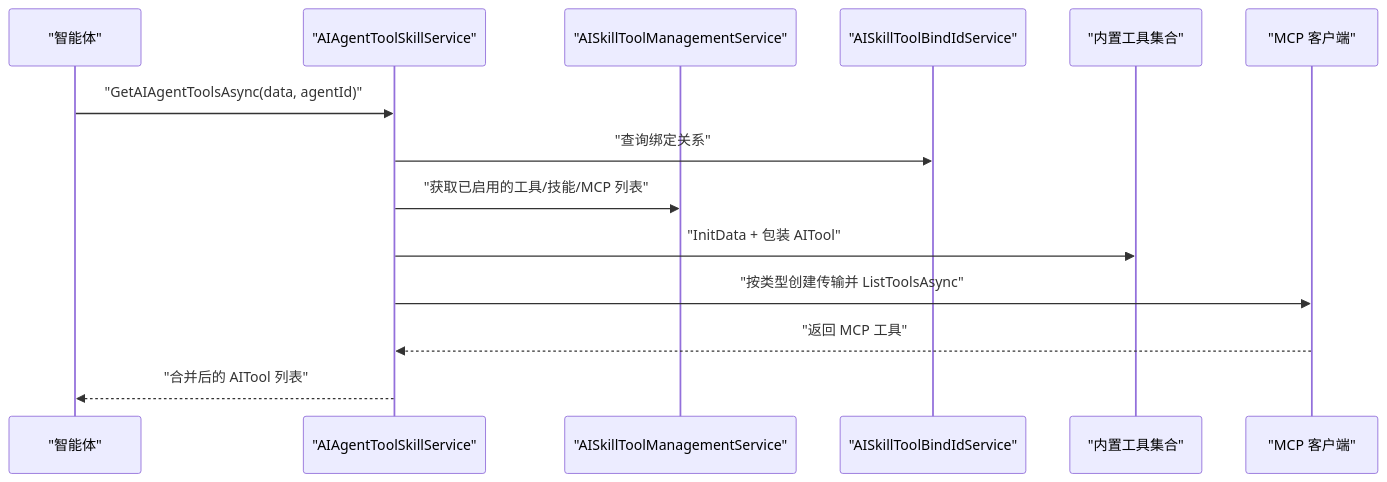
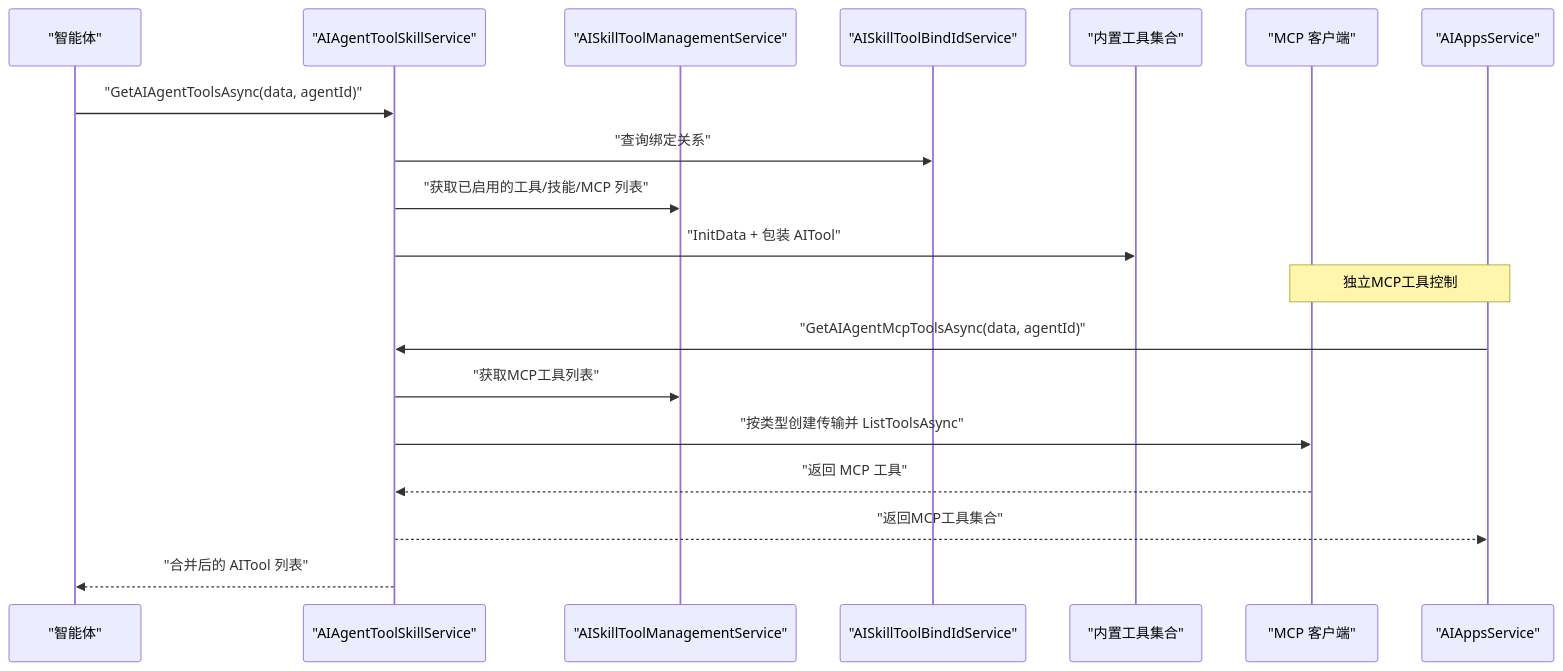
Before and after one commit to junkai-li/NetCoreKevin: the fourth of 7 diagrams in .qoder/repowiki/zh/content/AI智能体/技能工具管理.md, drawn with Mermaid. The commit also changed other lines of this file and 41 other files, not shown here.

````diff
--- a/.qoder/repowiki/zh/content/AI智能体/技能工具管理.md
+++ b/.qoder/repowiki/zh/content/AI智能体/技能工具管理.md
@@ -201,16 +217,21 @@
 ```mermaid
 sequenceDiagram
 participant Agent as "智能体"
 participant Asvc as "AIAgentToolSkillService"
 participant Mgr as "AISkillToolManagementService"
 participant Bind as "AISkillToolBindIdService"
 participant Tools as "内置工具集合"
 participant MCP as "MCP 客户端"
+participant AppSvc as "AIAppsService"
 Agent->>Asvc : "GetAIAgentToolsAsync(data, agentId)"
 Asvc->>Bind : "查询绑定关系"
 Asvc->>Mgr : "获取已启用的工具/技能/MCP 列表"
 Asvc->>Tools : "InitData + 包装 AITool"
+Note over AppSvc,MCP : 独立MCP工具控制
+AppSvc->>Asvc : "GetAIAgentMcpToolsAsync(data, agentId)"
+Asvc->>Mgr : "获取MCP工具列表"
 Asvc->>MCP : "按类型创建传输并 ListToolsAsync"
 MCP-->>Asvc : "返回 MCP 工具"
+Asvc-->>AppSvc : "返回MCP工具集合"
 Asvc-->>Agent : "合并后的 AITool 列表"
 ```
````
